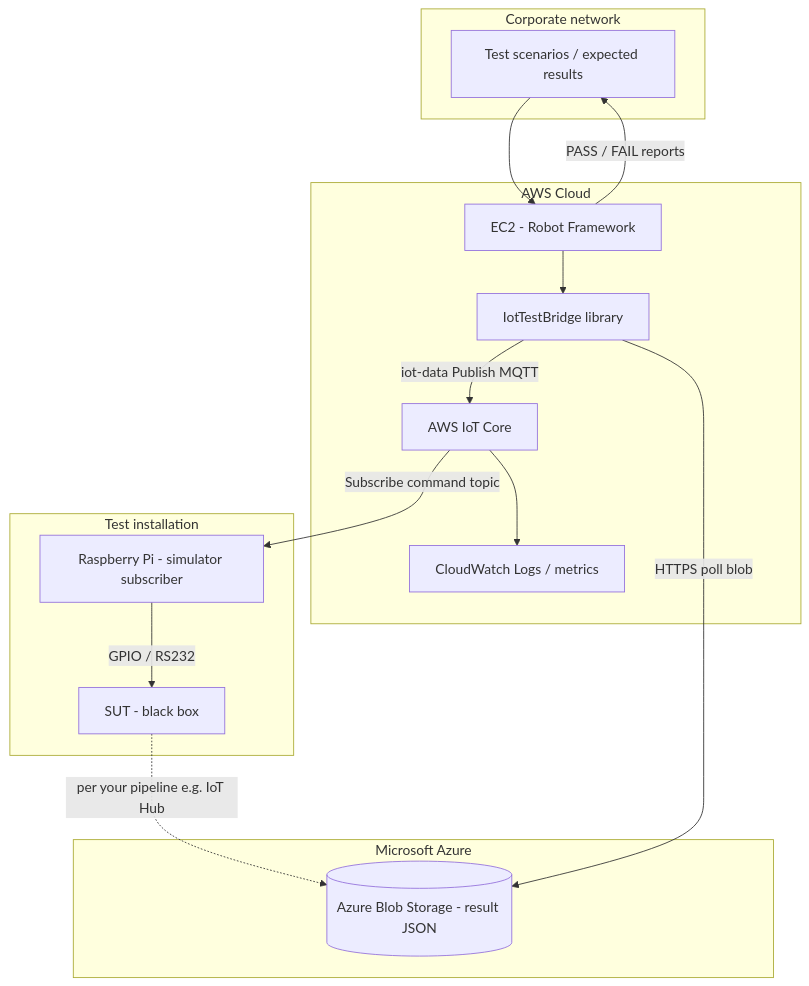
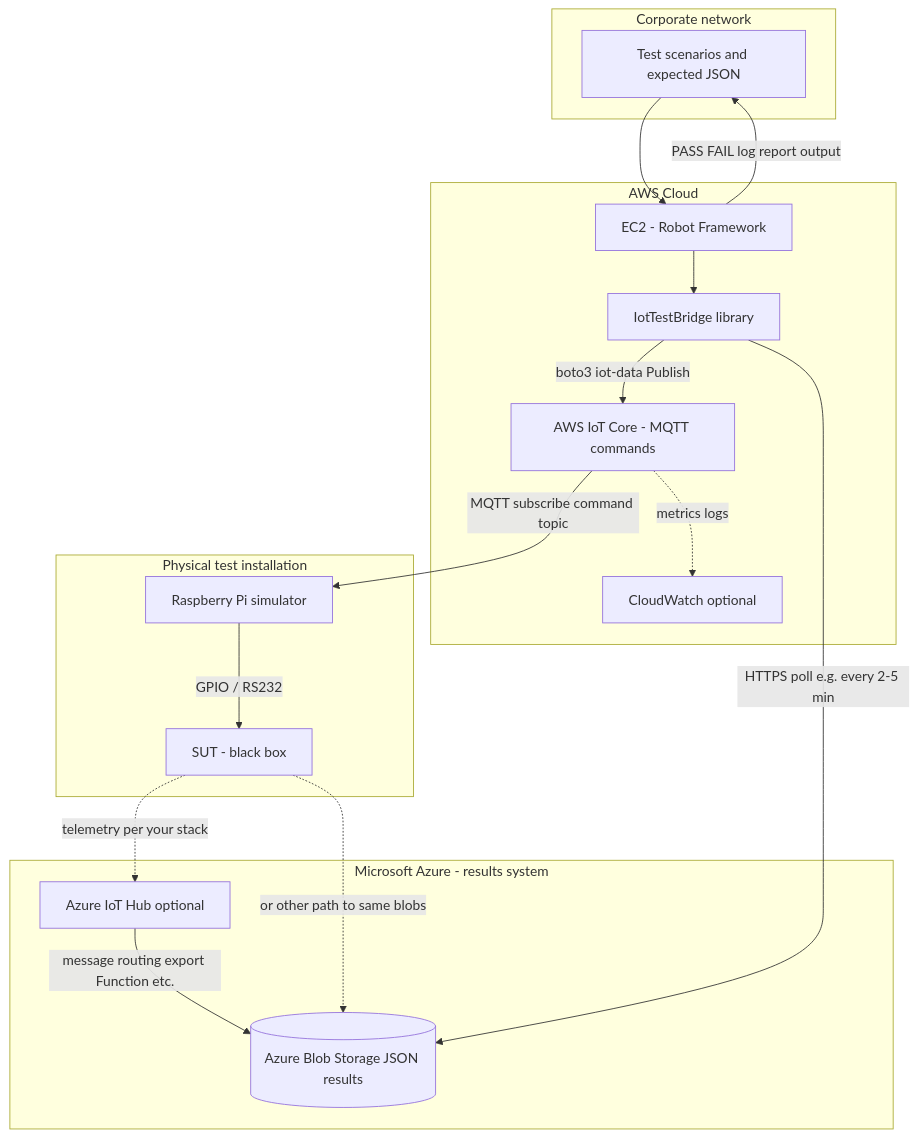
One commit to shafkat1/IoT-SIM changed the first of 2 diagrams in README.md. Above: the diagram before and after it, drawn with Mermaid. The commit also changed other lines of this file, not shown here.

First line of the commit message:
README: refresh architecture diagrams for AWS IoT plus Azure Blob hybrid

````diff
--- a/README.md
+++ b/README.md
@@ -13,32 +15,35 @@
 ```mermaid
 flowchart TB
   subgraph corp [Corporate network]
-    TC[Test scenarios / expected results]
+    TC[Test scenarios and expected JSON]
   end
 
   subgraph aws [AWS Cloud]
     EC2[EC2 - Robot Framework]
     LIB[IotTestBridge library]
-    IOT[AWS IoT Core]
-    CW[CloudWatch Logs / metrics]
+    IOT[AWS IoT Core - MQTT commands]
+    CW[CloudWatch optional]
     EC2 --> LIB
-    LIB -->|iot-data Publish MQTT| IOT
-    IOT --> CW
+    LIB -->|boto3 iot-data Publish| IOT
+    IOT -.->|metrics logs| CW
   end
 
-  subgraph azure [Microsoft Azure]
-    BLOB[(Azure Blob Storage - result JSON)]
+  subgraph azure [Microsoft Azure - results system]
+    AIH[Azure IoT Hub optional]
+    BLOB[(Azure Blob Storage JSON results)]
+    AIH -->|message routing export Function etc.| BLOB
   end
 
-  subgraph edge [Test installation]
-    RPi[Raspberry Pi - simulator subscriber]
+  subgraph edge [Physical test installation]
+    RPi[Raspberry Pi simulator]
     SUT[SUT - black box]
     RPi -->|GPIO / RS232| SUT
-    SUT -.->|per your pipeline e.g. IoT Hub| BLOB
+    SUT -.->|telemetry per your stack| AIH
+    SUT -.->|or other path to same blobs| BLOB
   end
 
-  IOT -->|Subscribe command topic| RPi
-  LIB -->|HTTPS poll blob| BLOB
+  IOT -->|MQTT subscribe command topic| RPi
+  LIB -->|HTTPS poll e.g. every 2-5 min| BLOB
   TC --> EC2
-  EC2 -->|PASS / FAIL reports| TC
+  EC2 -->|PASS FAIL log report output| TC
 ```
````
